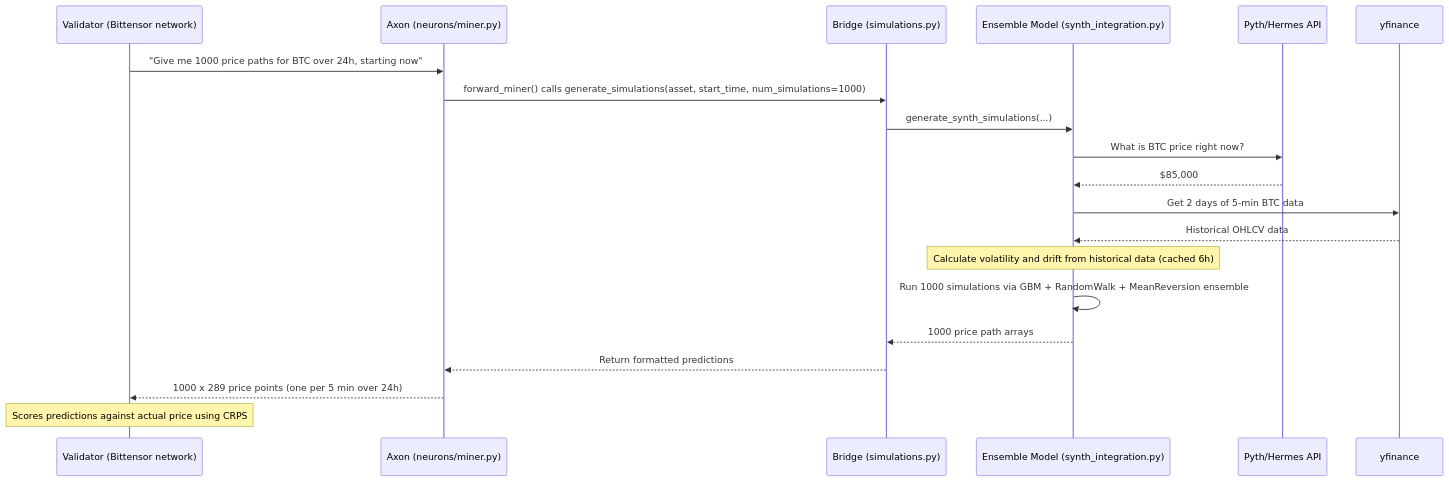
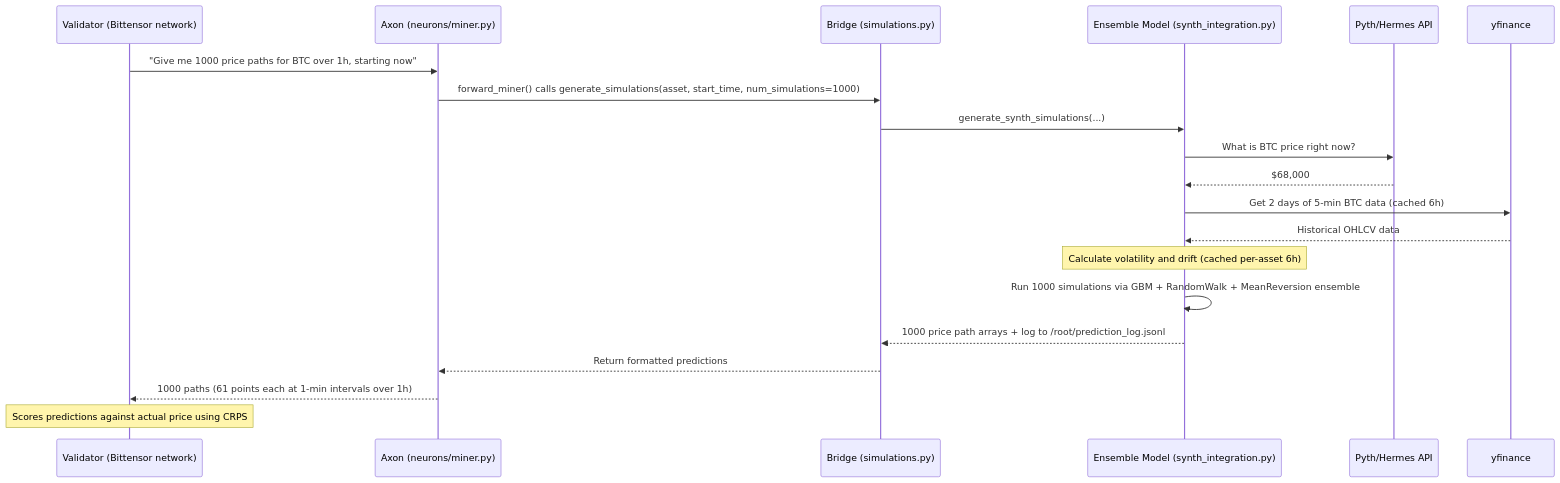
The second of 2 diagrams in docs/ARCHITECTURE.md (klebutt/synth-analogue-experiments), drawn with Mermaid before and after one commit. The commit also changed other lines of this file and 30 other files, not shown here.

````diff
--- a/docs/ARCHITECTURE.md
+++ b/docs/ARCHITECTURE.md
@@ -65,23 +67,23 @@
 ```mermaid
 sequenceDiagram
     participant V as Validator (Bittensor network)
     participant A as Axon (neurons/miner.py)
     participant B as Bridge (simulations.py)
     participant E as Ensemble Model (synth_integration.py)
     participant P as Pyth/Hermes API
     participant Y as yfinance
 
-    V->>A: "Give me 1000 price paths for BTC over 24h, starting now"
+    V->>A: "Give me 1000 price paths for BTC over 1h, starting now"
     A->>B: forward_miner() calls generate_simulations(asset, start_time, num_simulations=1000)
     B->>E: generate_synth_simulations(...)
     E->>P: What is BTC price right now?
-    P-->>E: $85,000
-    E->>Y: Get 2 days of 5-min BTC data
+    P-->>E: $68,000
+    E->>Y: Get 2 days of 5-min BTC data (cached 6h)
     Y-->>E: Historical OHLCV data
-    Note over E: Calculate volatility and drift from historical data (cached 6h)
+    Note over E: Calculate volatility and drift (cached per-asset 6h)
     E->>E: Run 1000 simulations via GBM + RandomWalk + MeanReversion ensemble
-    E-->>B: 1000 price path arrays
+    E-->>B: 1000 price path arrays + log to /root/prediction_log.jsonl
     B-->>A: Return formatted predictions
-    A-->>V: 1000 x 289 price points (one per 5 min over 24h)
+    A-->>V: 1000 paths (61 points each at 1-min intervals over 1h)
     Note over V: Scores predictions against actual price using CRPS
 ```
````
